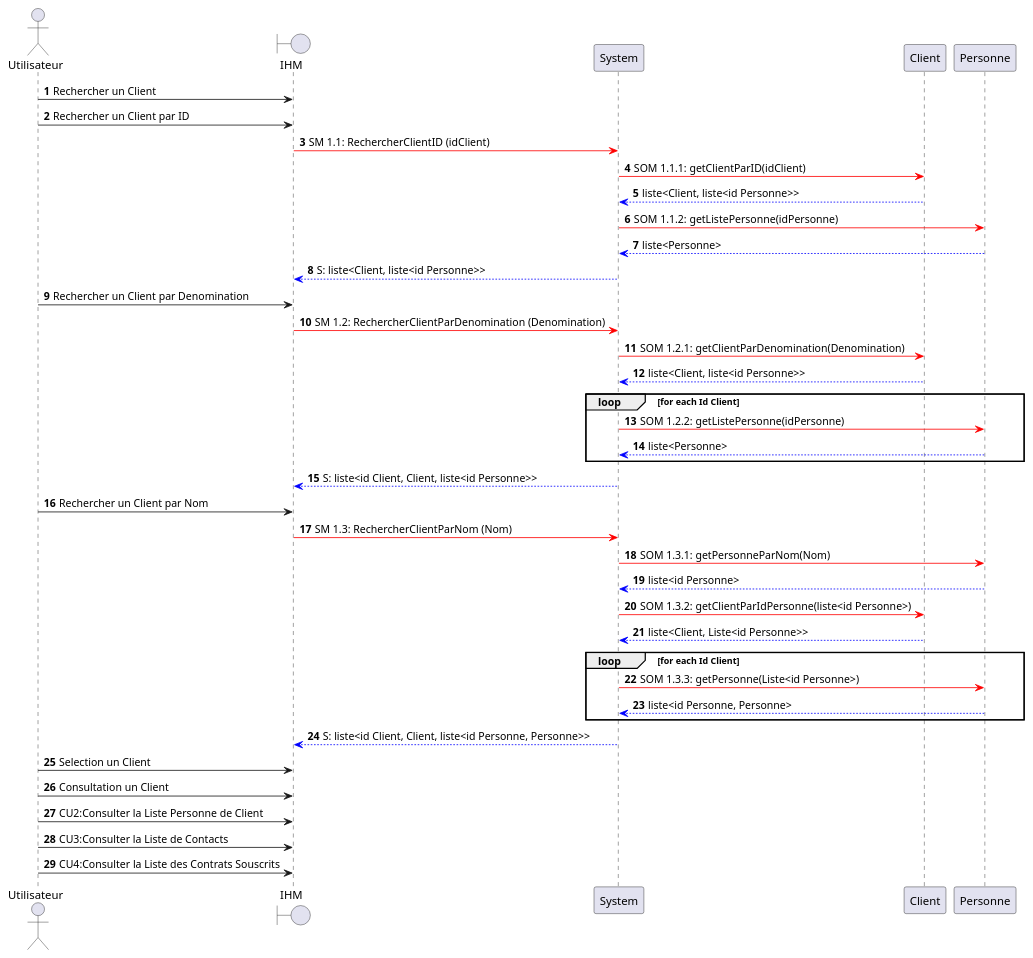
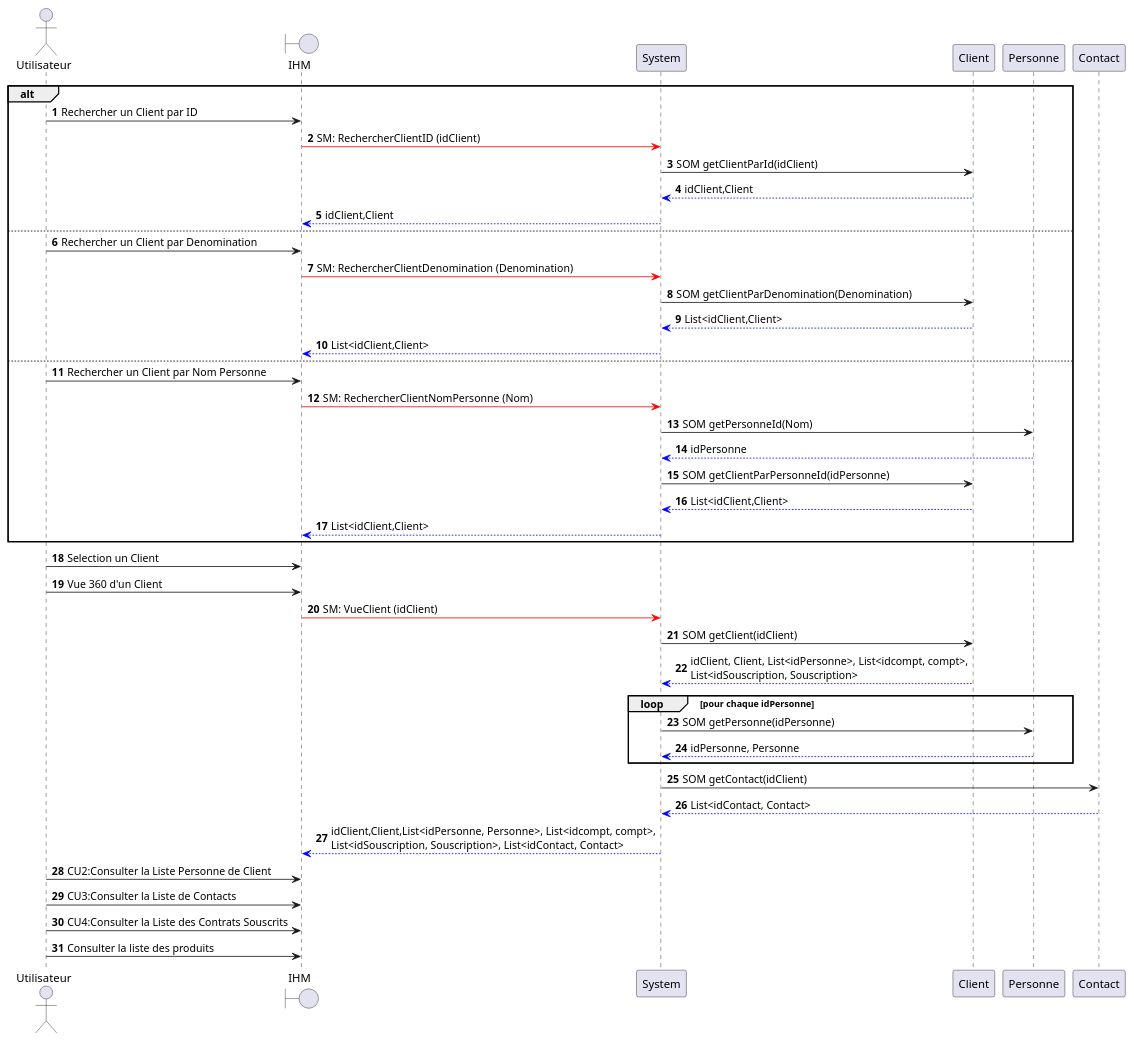
Before and after one commit to HZjiadong/PLD-MARS: the diagram in src/documentation/CU1-DSD.puml, drawn with PlantUML. The commit also changed 1 other file, not shown here.

```diff
--- a/src/documentation/CU1-DSD.puml
+++ b/src/documentation/CU1-DSD.puml
@@ -1,52 +1,51 @@
 @startuml
 actor Utilisateur as U
 boundary IHM as I
 participant System as S
-participant Client as C
-participant Personne as P
+participant Client
+participant Personne
+participant Contact
 
 autonumber
 
-U->I: Rechercher un Client
-
-U->I: Rechercher un Client par ID
-    I-[#red]>S: SM 1.1: RechercherClientID (idClient)
-        S-[#red]>C: SOM 1.1.1: getClientParID(idClient)
-        C-[#0000FF]->S: liste<Client, liste<id Personne>>
-
-        S-[#red]>P: SOM 1.1.2: getListePersonne(idPersonne)
-        P-[#0000FF]->S: liste<Personne>
-    S-[#0000FF]->I: S: liste<Client, liste<id Personne>>
-
-U->I: Rechercher un Client par Denomination
-    I-[#red]>S: SM 1.2: RechercherClientParDenomination (Denomination)
-        S-[#red]>C: SOM 1.2.1: getClientParDenomination(Denomination)
-        C-[#0000FF]->S: liste<Client, liste<id Personne>>
-        loop for each Id Client
-        S-[#red]>P: SOM 1.2.2: getListePersonne(idPersonne)
-        P-[#0000FF]->S: liste<Personne>
-        end
-    S-[#0000FF]->I: S: liste<id Client, Client, liste<id Personne>>
-
-U->I: Rechercher un Client par Nom
-    I-[#red]>S: SM 1.3: RechercherClientParNom (Nom)
-        S-[#red]>P: SOM 1.3.1: getPersonneParNom(Nom)
-        P-[#0000FF]->S: liste<id Personne>
-
-        S-[#red]>C: SOM 1.3.2: getClientParIdPersonne(liste<id Personne>)
-        C-[#0000FF]->S: liste<Client, Liste<id Personne>>
-        loop for each Id Client
-        S-[#red]>P: SOM 1.3.3: getPersonne(Liste<id Personne>)
-        P-[#0000FF]->S: liste<id Personne, Personne>
-        end
-    S-[#0000FF]->I: S: liste<id Client, Client, liste<id Personne, Personne>>
+alt
+    U->I: Rechercher un Client par ID
+    I-[#red]>S: SM: RechercherClientID (idClient)
+    S->Client : SOM getClientParId(idClient)
+    Client-[#0000FF]->S: idClient,Client
+    S-[#0000FF]->I: idClient,Client
+    else
+    U->I: Rechercher un Client par Denomination
+    I-[#red]>S: SM: RechercherClientDenomination (Denomination)
+    S->Client : SOM getClientParDenomination(Denomination)
+    Client-[#0000FF]->S: List<idClient,Client>
+    S-[#0000FF]->I: List<idClient,Client>
+    else
+    U->I: Rechercher un Client par Nom Personne
+    I-[#red]>S: SM: RechercherClientNomPersonne (Nom)
+    S->Personne : SOM getPersonneId(Nom)
+    Personne-[#0000FF]->S: idPersonne
+    S->Client : SOM getClientParPersonneId(idPersonne)
+    Client-[#0000FF]->S: List<idClient,Client>
+    S-[#0000FF]->I: List<idClient,Client>
+end
 
 U->I: Selection un Client
-U->I: Consultation un Client
+U->I: Vue 360 d'un Client
+I-[#red]>S: SM: VueClient (idClient)
+S->Client: SOM getClient(idClient)
+Client-[#0000FF]->S: idClient, Client, List<idPersonne>, List<idcompt, compt>,\nList<idSouscription, Souscription>
+loop pour chaque idPersonne
+    S->Personne: SOM getPersonne(idPersonne)
+    Personne-[#0000FF]->S: idPersonne, Personne
+end
+S->Contact: SOM getContact(idClient)
+Contact-[#0000FF]->S: List<idContact, Contact>
 
+S-[#0000FF]->I: idClient,Client,List<idPersonne, Personne>, List<idcompt, compt>,\nList<idSouscription, Souscription>, List<idContact, Contact>
 U->I: CU2:Consulter la Liste Personne de Client
 U->I: CU3:Consulter la Liste de Contacts
 U->I: CU4:Consulter la Liste des Contrats Souscrits
-
+U->I: Consulter la liste des produits
 
 @enduml
```
